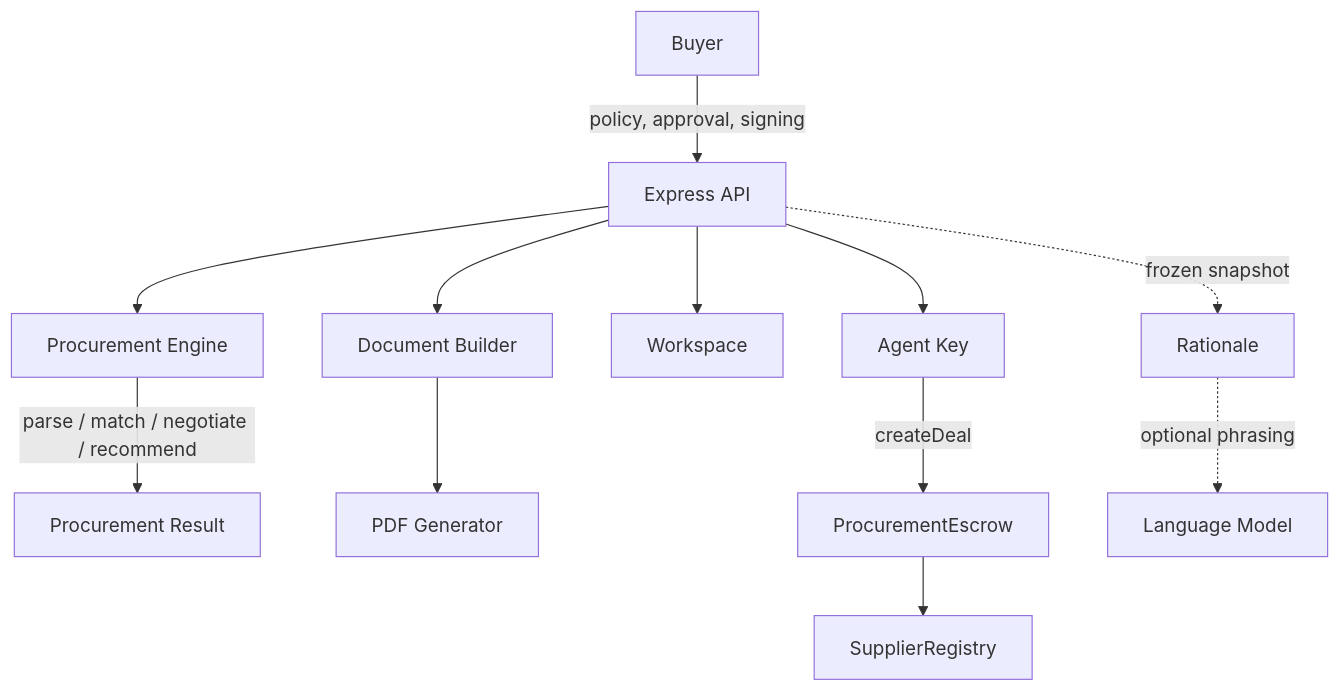
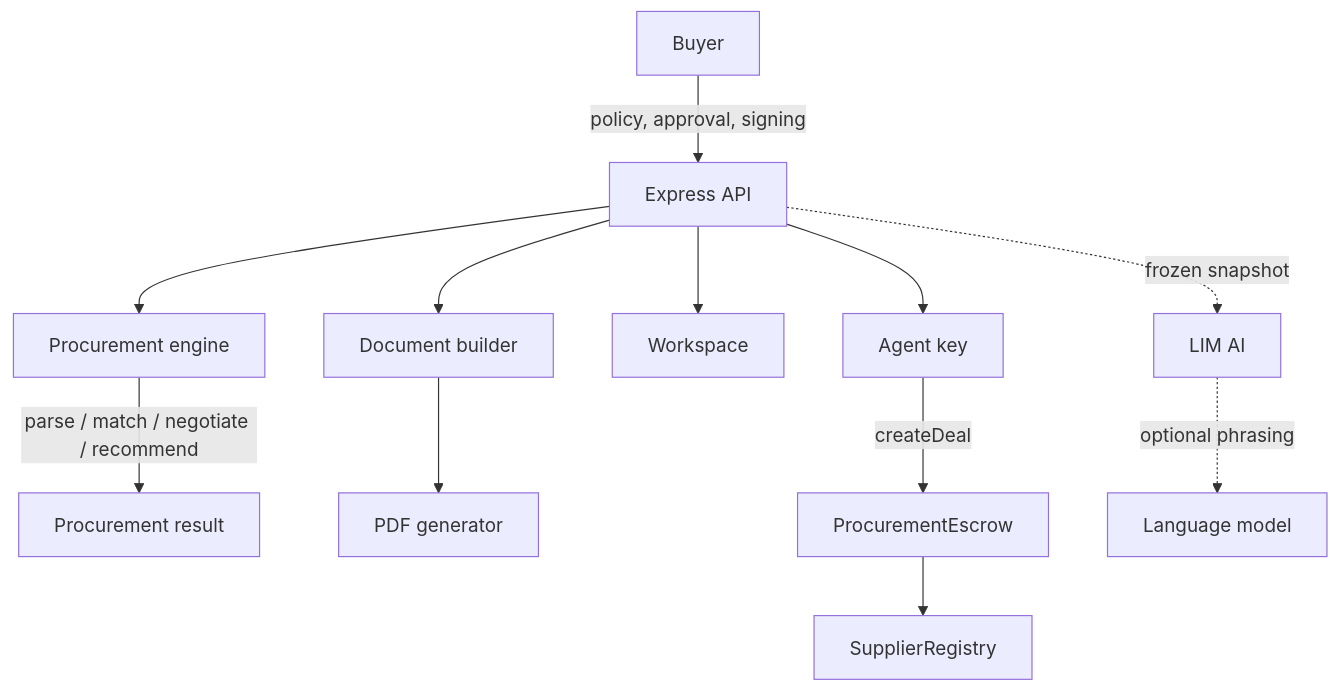
One commit to sujal128005/limen changed the diagram in README.md. Above: the diagram before and after it, drawn with Mermaid. The commit also changed other lines of this file and 19 other files, not shown here.

````diff
--- a/README.md
+++ b/README.md
@@ -149,20 +147,20 @@
 ```mermaid
 flowchart TD
     B[Buyer] -->|policy, approval, signing| API[Express API]
 
-    API --> ENG[Procurement Engine]
-    API --> DOC[Document Builder]
+    API --> ENG[Procurement engine]
+    API --> DOC[Document builder]
     API --> WS[Workspace]
 
-    ENG -->|parse / match / negotiate / recommend| RESULT[Procurement Result]
+    ENG -->|parse / match / negotiate / recommend| RESULT[Procurement result]
 
-    DOC --> PDF[PDF Generator]
+    DOC --> PDF[PDF generator]
 
-    API --> AG[Agent Key]
+    API --> AG[Agent key]
     AG -->|createDeal| ESC[ProcurementEscrow]
 
     ESC --> REG[SupplierRegistry]
 
-    API -. frozen snapshot .-> R[Rationale]
-    R -. optional phrasing .-> LLM[Language Model]
+    API -. frozen snapshot .-> LIM[LIM AI]
+    LIM -. optional phrasing .-> LLM[Language model]
 ```
````
